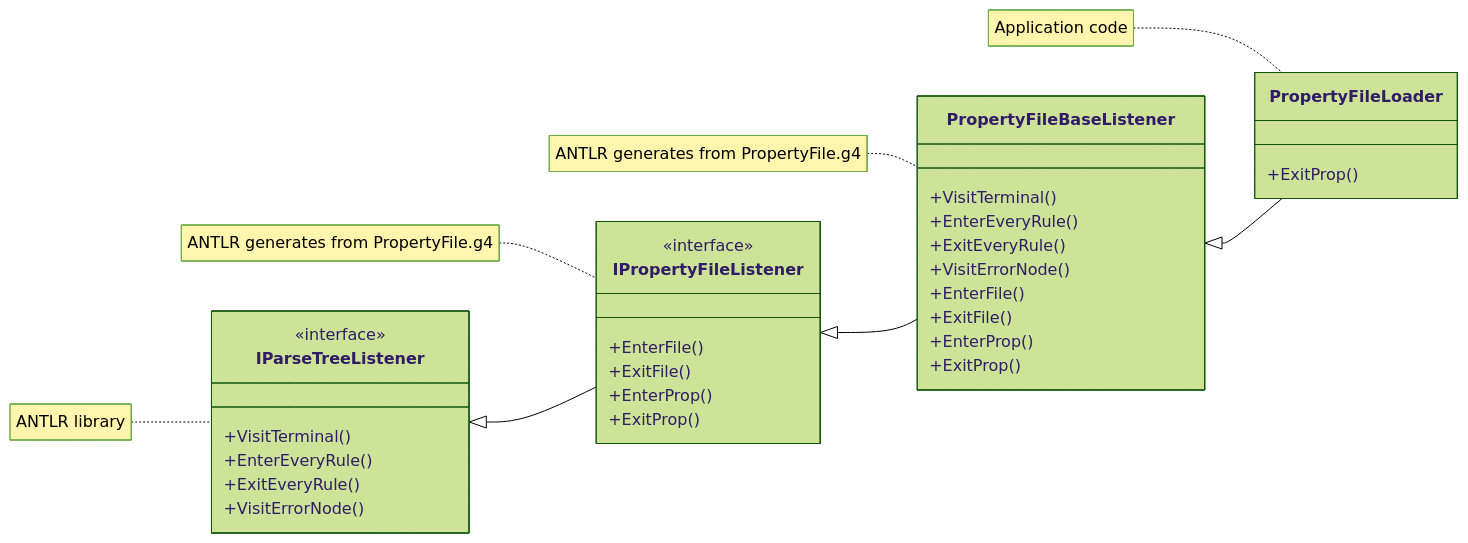
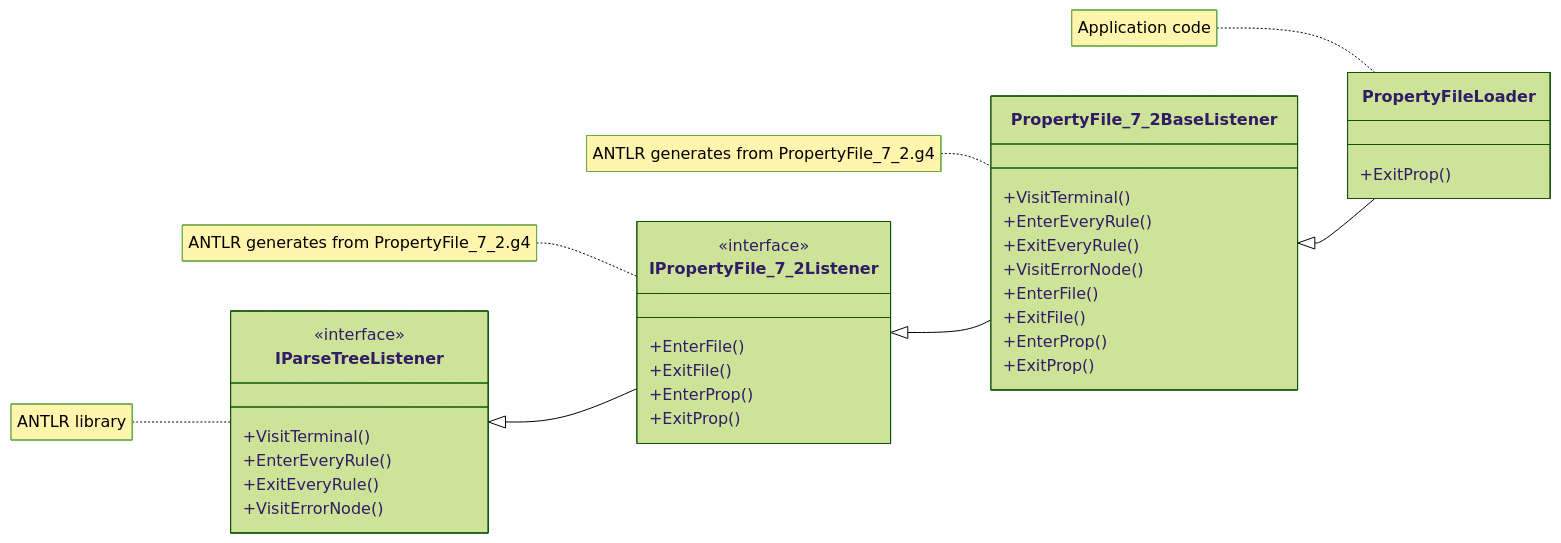
One commit to Reefact/antlr4-book-examples changed the diagram in Reefact.BookExamples.Antlr4/Chapter_07/2/.resources/listeners-hierarchy.mmd. Above: the diagram before and after it, drawn with Mermaid (forest theme). The commit also changed 1 other file, not shown here.

Commit message:
Adapt the listener hierarchy to the custom naming related to the concrete example.

```diff
--- a/Reefact.BookExamples.Antlr4/Chapter_07/2/.resources/listeners-hierarchy.mmd
+++ b/Reefact.BookExamples.Antlr4/Chapter_07/2/.resources/listeners-hierarchy.mmd
@@ -1,36 +1,36 @@
 classDiagram
     direction LR
-    IParseTreeListener <|-- IPropertyFileListener
-    IPropertyFileListener <|-- PropertyFileBaseListener
-    PropertyFileBaseListener <|-- PropertyFileLoader
+    IParseTreeListener <|-- IPropertyFile_7_2Listener
+    IPropertyFile_7_2Listener <|-- PropertyFile_7_2BaseListener
+    PropertyFile_7_2BaseListener <|-- PropertyFileLoader
     note for IParseTreeListener "ANTLR library"
     class IParseTreeListener {
         <<interface>>
         +VisitTerminal()
         +EnterEveryRule()
         +ExitEveryRule()
         +VisitErrorNode()
     }
-    note for IPropertyFileListener "ANTLR generates from PropertyFile.g4"
-    class IPropertyFileListener {
+    note for IPropertyFile_7_2Listener "ANTLR generates from PropertyFile_7_2.g4"
+    class IPropertyFile_7_2Listener {
         <<interface>>
         +EnterFile()
         +ExitFile()
         +EnterProp()
         +ExitProp()
     }
-    note for PropertyFileBaseListener "ANTLR generates from PropertyFile.g4"
-    class PropertyFileBaseListener{
+    note for PropertyFile_7_2BaseListener "ANTLR generates from PropertyFile_7_2.g4"
+    class PropertyFile_7_2BaseListener{
         +VisitTerminal()
         +EnterEveryRule()
         +ExitEveryRule()
         +VisitErrorNode()
         +EnterFile()
         +ExitFile()
         +EnterProp()
         +ExitProp()
     }
     note for PropertyFileLoader "Application code"
     class PropertyFileLoader{
         +ExitProp()
     }
```
